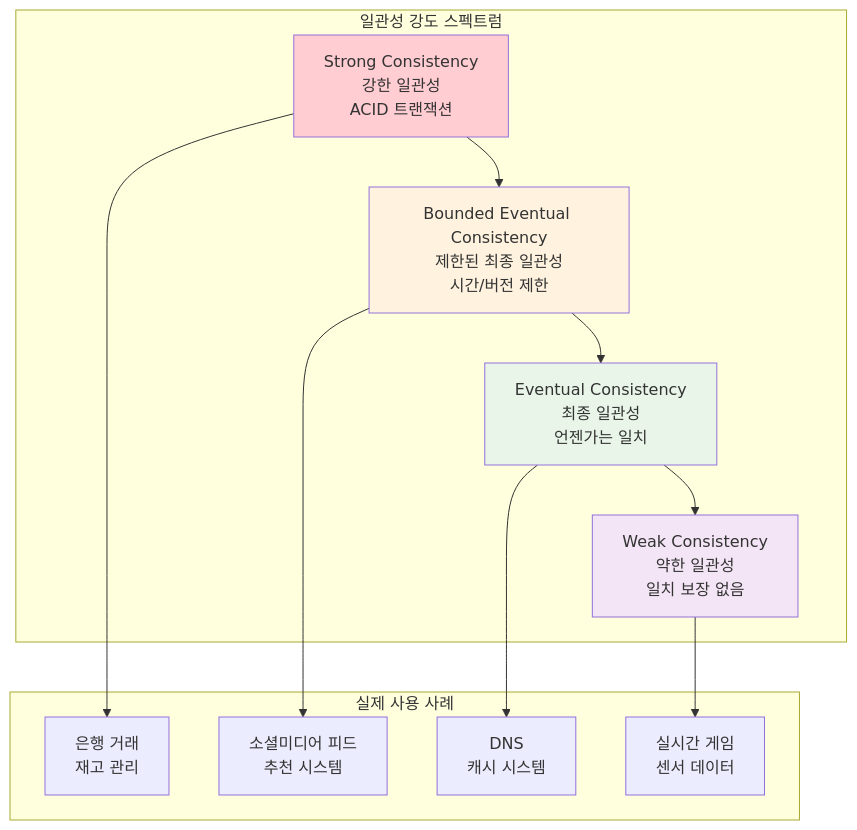
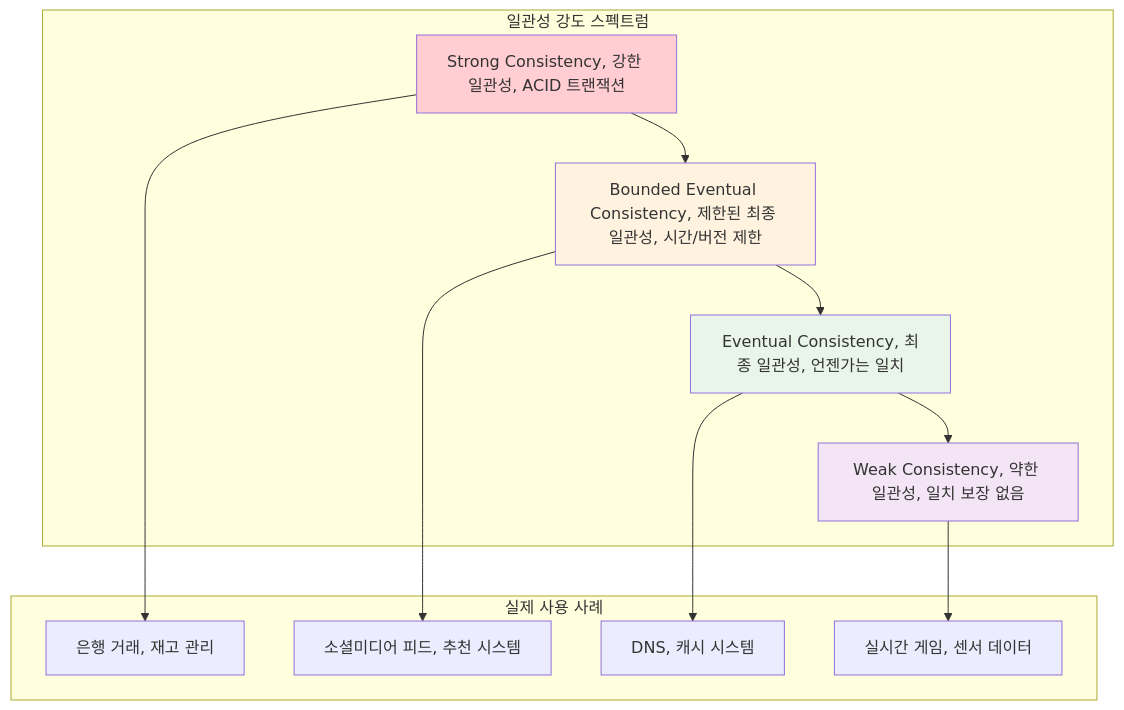
One commit to choru-k/choru-wiki changed the second of 3 diagrams in docs/cs/guide/chapter-14-distributed-systems/01-distributed-fundamentals.md. Above: the diagram before and after it, drawn with Mermaid. The commit also changed other lines of this file and 13 other files, not shown here.

````diff
--- a/docs/cs/guide/chapter-14-distributed-systems/01-distributed-fundamentals.md
+++ b/docs/cs/guide/chapter-14-distributed-systems/01-distributed-fundamentals.md
@@ -330,28 +330,28 @@
 ```mermaid
 graph TD
     subgraph "일관성 강도 스펙트럼"
-        SC[Strong Consistency<br/>강한 일관성<br/>ACID 트랜잭션]
-        BEC[Bounded Eventual Consistency<br/>제한된 최종 일관성<br/>시간/버전 제한]
-        EC[Eventual Consistency<br/>최종 일관성<br/>언젠가는 일치]  
-        WC[Weak Consistency<br/>약한 일관성<br/>일치 보장 없음]
+        SC[Strong Consistency, 강한 일관성, ACID 트랜잭션]
+        BEC[Bounded Eventual Consistency, 제한된 최종 일관성, 시간/버전 제한]
+        EC[Eventual Consistency, 최종 일관성, 언젠가는 일치]  
+        WC[Weak Consistency, 약한 일관성, 일치 보장 없음]
     end
     
     SC --> BEC --> EC --> WC
     
     subgraph "실제 사용 사례"
-        SC_USE[은행 거래<br/>재고 관리]
-        BEC_USE[소셜미디어 피드<br/>추천 시스템] 
-        EC_USE[DNS<br/>캐시 시스템]
-        WC_USE[실시간 게임<br/>센서 데이터]
+        SC_USE[은행 거래, 재고 관리]
+        BEC_USE[소셜미디어 피드, 추천 시스템] 
+        EC_USE[DNS, 캐시 시스템]
+        WC_USE[실시간 게임, 센서 데이터]
     end
     
     SC --> SC_USE
     BEC --> BEC_USE
     EC --> EC_USE  
     WC --> WC_USE
     
     style SC fill:#ffcdd2
     style BEC fill:#fff3e0
     style EC fill:#e8f5e8
     style WC fill:#f3e5f5
 ```
````
